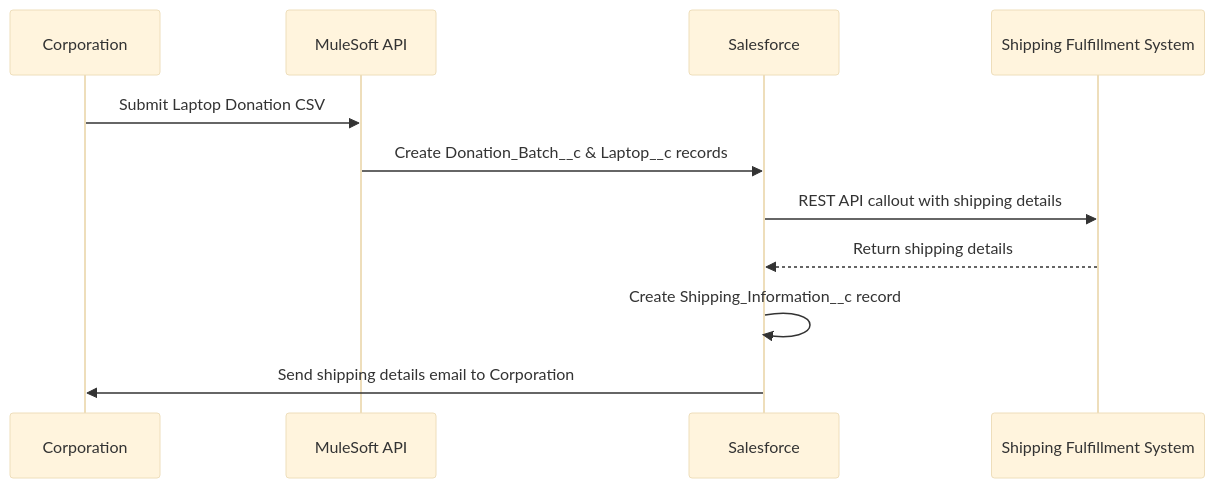
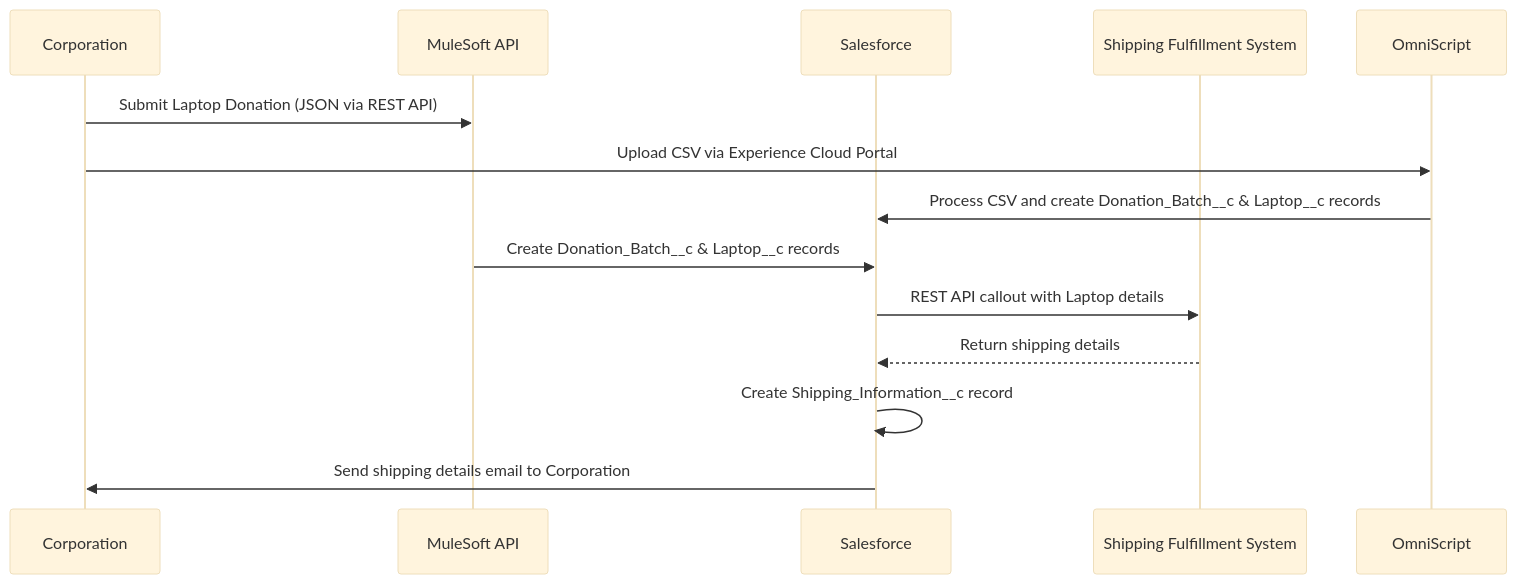
One commit to matthew-zolp/Laptops2Schools changed the diagram in BusinessProcessFlowDiagrams/L2S_Step_2_Company_Dontations.md. Above: the diagram before and after it, drawn with Mermaid (base theme). The commit also changed other lines of this file, not shown here.

````diff
--- a/BusinessProcessFlowDiagrams/L2S_Step_2_Company_Dontations.md
+++ b/BusinessProcessFlowDiagrams/L2S_Step_2_Company_Dontations.md
@@ -2,14 +2,16 @@
 ```mermaid
 sequenceDiagram
     participant Corporation
     participant MuleSoft API
     participant Salesforce
     participant Shipping Fulfillment System
 
-    Corporation->>MuleSoft API: Submit Laptop Donation CSV
+    Corporation->>MuleSoft API: Submit Laptop Donation (JSON via REST API)
+    Corporation->>OmniScript: Upload CSV via Experience Cloud Portal
+    OmniScript->>Salesforce: Process CSV and create Donation_Batch__c & Laptop__c records
     MuleSoft API->>Salesforce: Create Donation_Batch__c & Laptop__c records
-    Salesforce->>Shipping Fulfillment System: REST API callout with shipping details
+    Salesforce->>Shipping Fulfillment System: REST API callout with Laptop details
     Shipping Fulfillment System-->>Salesforce: Return shipping details
     Salesforce->>Salesforce: Create Shipping_Information__c record
     Salesforce->>Corporation: Send shipping details email to Corporation
 ```
````
